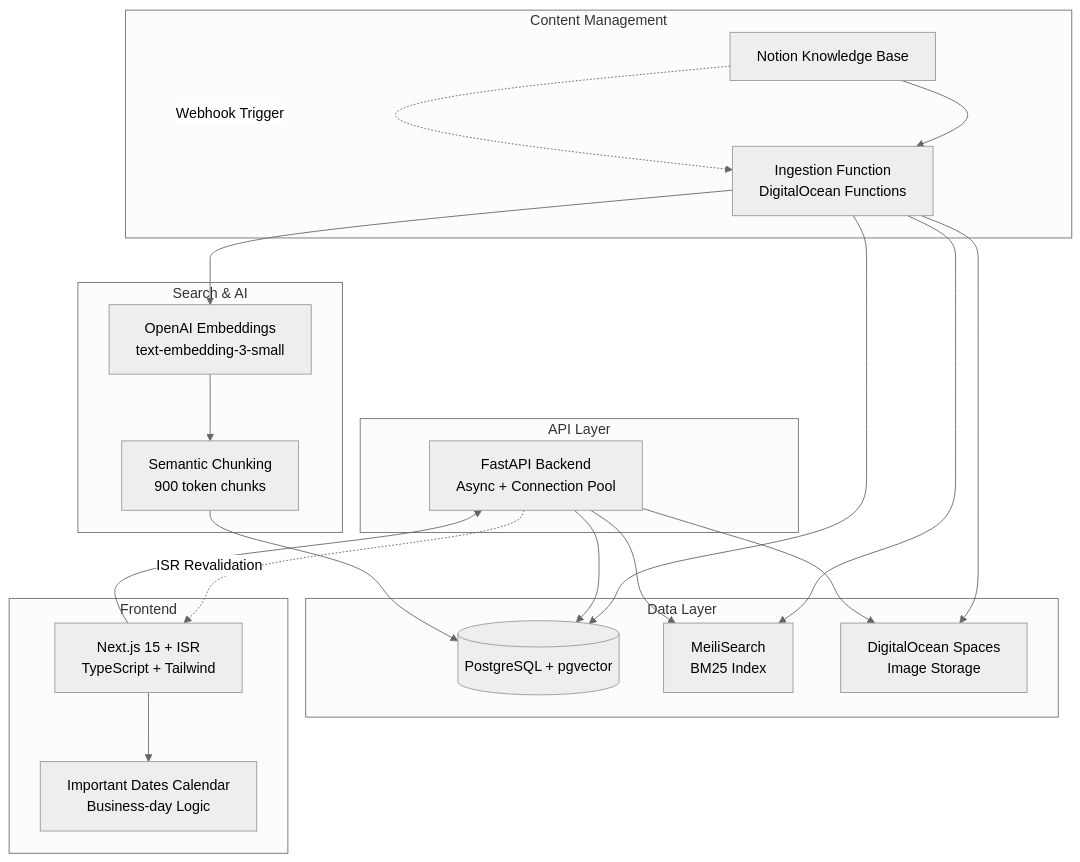
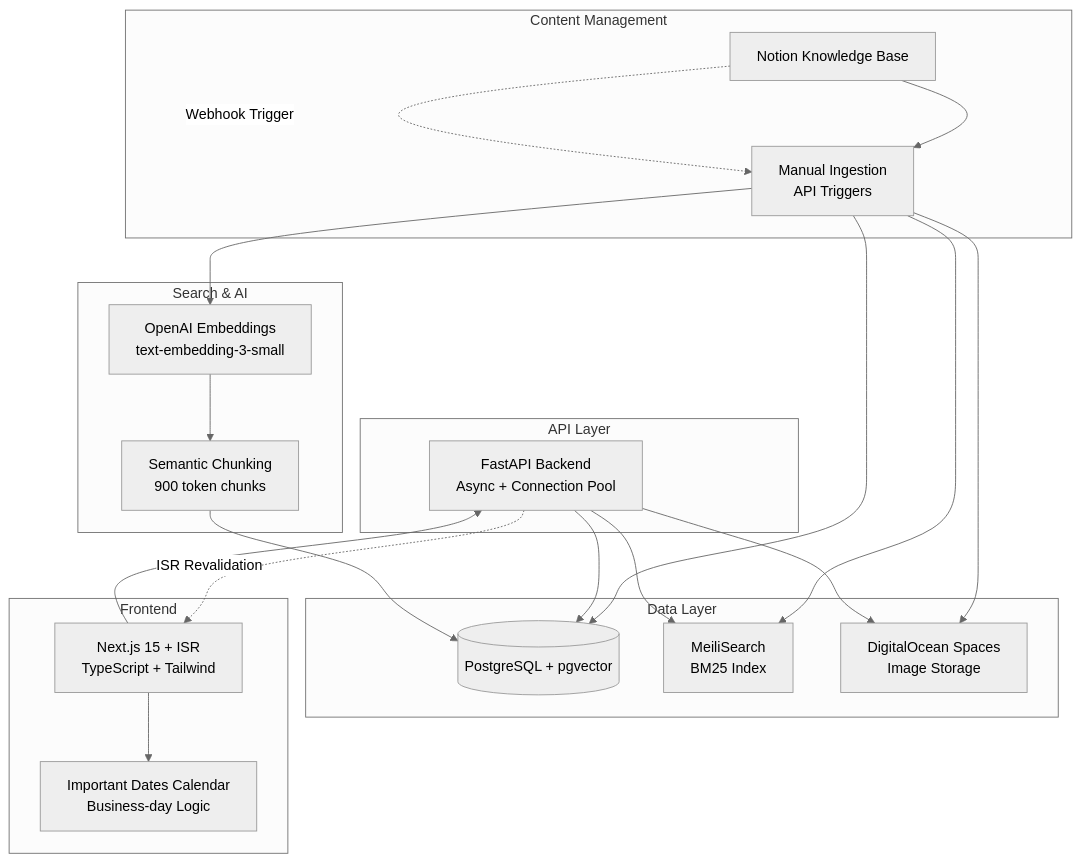
Before and after one commit to TokuEng/customer-help-app: the diagram in README.md, drawn with Mermaid (neutral theme). The commit also changed 8 other files, not shown here.

````diff
--- a/README.md
+++ b/README.md
@@ -7,37 +7,37 @@
 ```mermaid
 graph TB
     subgraph "Content Management"
-        N[Notion Knowledge Base] --> IF[Ingestion Function<br/>DigitalOcean Functions]
+        N[Notion Knowledge Base] --> IF[Manual Ingestion<br/>API Triggers]
     end
     
     subgraph "Data Layer"
         IF --> PG[(PostgreSQL + pgvector)]
         IF --> MS[MeiliSearch<br/>BM25 Index]
         IF --> SP[DigitalOcean Spaces<br/>Image Storage]
     end
     
     subgraph "API Layer"
         API[FastAPI Backend<br/>Async + Connection Pool]
         API --> PG
         API --> MS
         API --> SP
     end
     
     subgraph "Frontend"
         WEB[Next.js 15 + ISR<br/>TypeScript + Tailwind]
         CAL[Important Dates Calendar<br/>Business-day Logic]
         WEB --> API
         WEB --> CAL
     end
     
     subgraph "Search & AI"
         EMB[OpenAI Embeddings<br/>text-embedding-3-small]
         CHK[Semantic Chunking<br/>900 token chunks]
         IF --> EMB
         EMB --> CHK
         CHK --> PG
     end
     
     N -.->|Webhook Trigger| IF
     API -.->|ISR Revalidation| WEB
 ```
````
